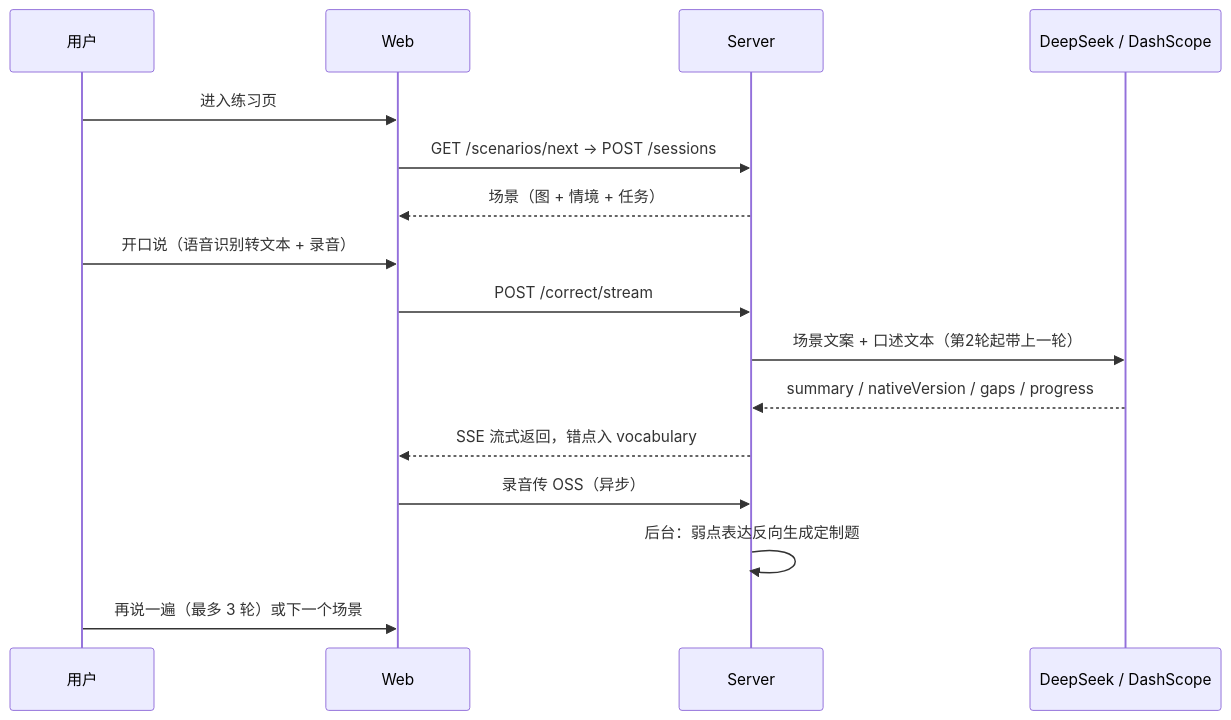
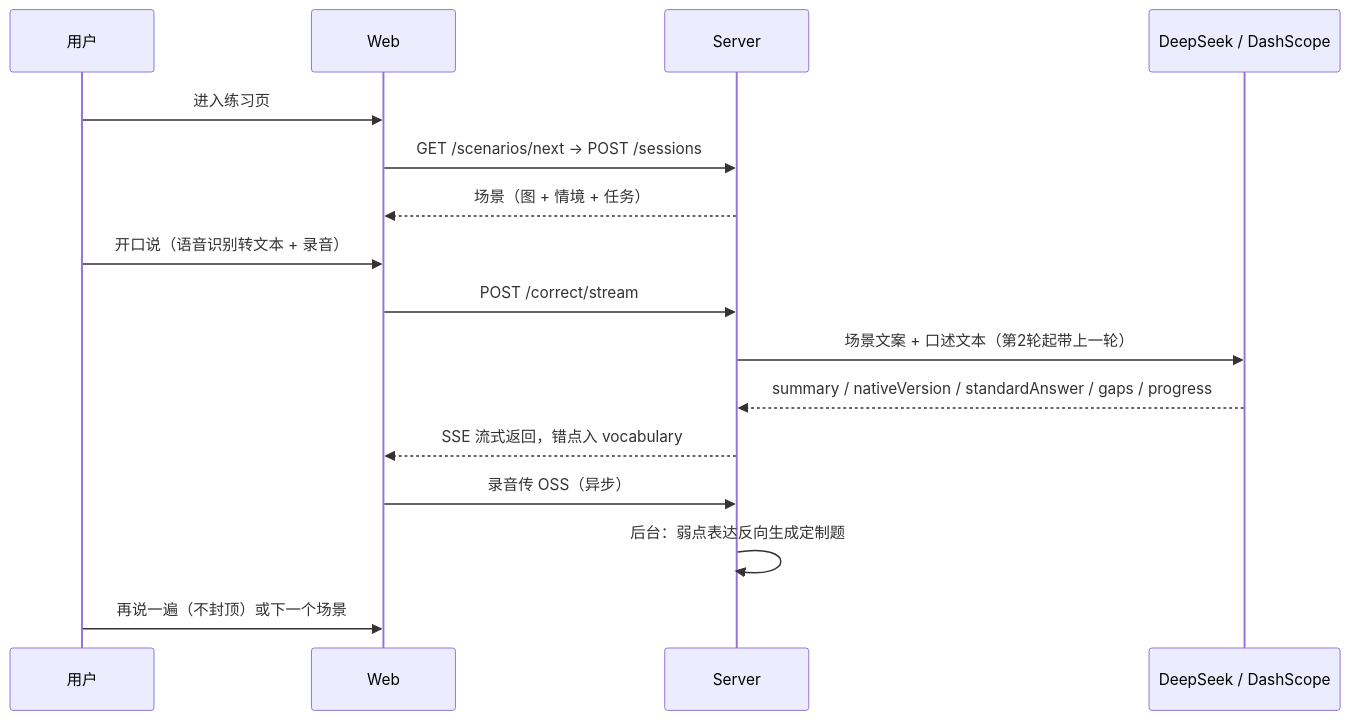
The second of 2 diagrams in docs/README.md (makewheels/speakup), drawn with Mermaid before and after one commit. The commit also changed 19 other files, not shown here.

````diff
--- a/docs/README.md
+++ b/docs/README.md
@@ -51,18 +51,18 @@
 ```mermaid
 sequenceDiagram
     participant U as 用户
     participant W as Web
     participant S as Server
     participant Q as DeepSeek / DashScope
     U->>W: 进入练习页
     W->>S: GET /scenarios/next → POST /sessions
     S-->>W: 场景（图 + 情境 + 任务）
     U->>W: 开口说（语音识别转文本 + 录音）
     W->>S: POST /correct/stream
     S->>Q: 场景文案 + 口述文本（第2轮起带上一轮）
-    Q-->>S: summary / nativeVersion / gaps / progress
+    Q-->>S: summary / nativeVersion / standardAnswer / gaps / progress
     S-->>W: SSE 流式返回，错点入 vocabulary
     W->>S: 录音传 OSS（异步）
     S->>S: 后台：弱点表达反向生成定制题
-    U->>W: 再说一遍（最多 3 轮）或下一个场景
+    U->>W: 再说一遍（不封顶）或下一个场景
 ```
````
